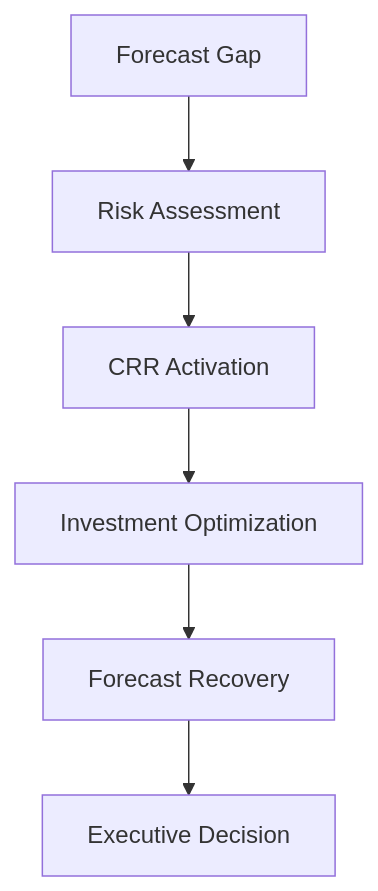
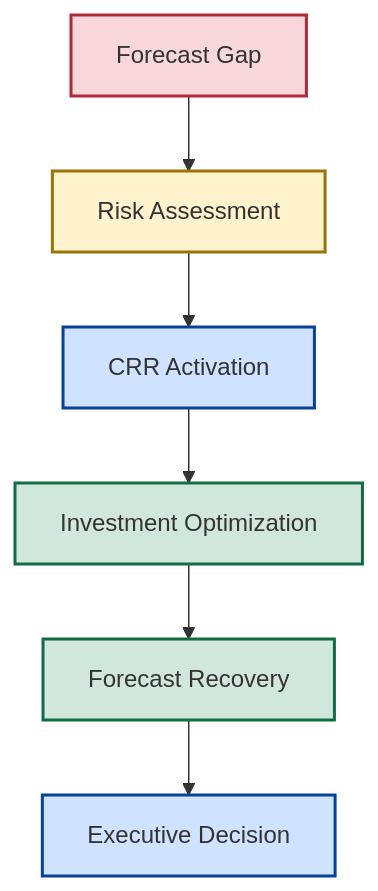
One commit to AwesomeAnil/newbridge-saas-operating-system changed the third of 3 diagrams in docs/index.md. Above: the diagram before and after it, drawn with Mermaid. The commit also changed other lines of this file and 2 other files, not shown here.

````diff
--- a/docs/index.md
+++ b/docs/index.md
@@ -127,15 +176,22 @@
 ```mermaid
 flowchart TD
 
-A[Forecast Gap]
+A["Forecast Gap"]
 
-A --> B[Risk Assessment]
+A --> B["Risk Assessment"]
 
-B --> C[CRR Activation]
+B --> C["CRR Activation"]
 
-C --> D[Investment Optimization]
+C --> D["Investment Optimization"]
 
-D --> E[Forecast Recovery]
+D --> E["Forecast Recovery"]
 
-E --> F[Executive Decision]
+E --> F["Executive Decision"]
+
+style A fill:#f8d7da,stroke:#b02a37,stroke-width:2px
+style B fill:#fff3cd,stroke:#997404,stroke-width:2px
+style C fill:#cfe2ff,stroke:#084298,stroke-width:2px
+style D fill:#d1e7dd,stroke:#146c43,stroke-width:2px
+style E fill:#d1e7dd,stroke:#146c43,stroke-width:2px
+style F fill:#cfe2ff,stroke:#084298,stroke-width:2px
 ```
````
